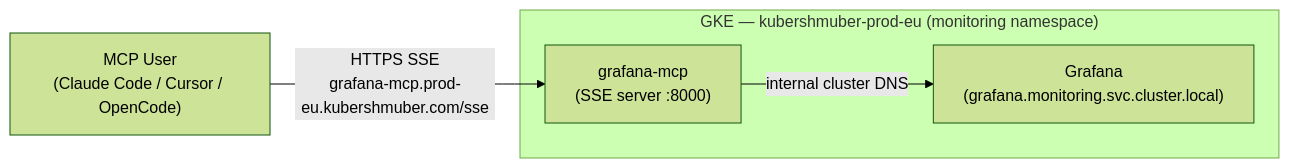
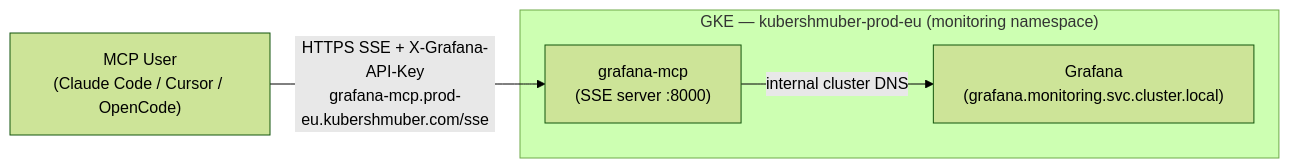
One commit to bitgaming/grafana-mcp changed the diagram in README.md. Above: the diagram before and after it, drawn with Mermaid (forest theme). The commit also changed other lines of this file and 1 other file, not shown here.

````diff
--- a/README.md
+++ b/README.md
@@ -15,12 +15,12 @@
 ```mermaid
 graph LR
     User["MCP User\n(Claude Code / Cursor / OpenCode)"]
 
     subgraph GKE ["GKE — kubershmuber-prod-eu (monitoring namespace)"]
         MCP["grafana-mcp\n(SSE server :8000)"]
         Grafana["Grafana\n(grafana.monitoring.svc.cluster.local)"]
     end
 
-    User -->|"HTTPS SSE\ngrafana-mcp.prod-eu.kubershmuber.com/sse"| MCP
+    User -->|"HTTPS SSE + X-Grafana-API-Key\ngrafana-mcp.prod-eu.kubershmuber.com/sse"| MCP
     MCP -->|"internal cluster DNS"| Grafana
 ```
````
